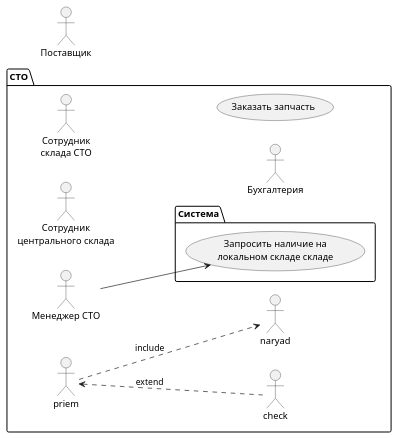
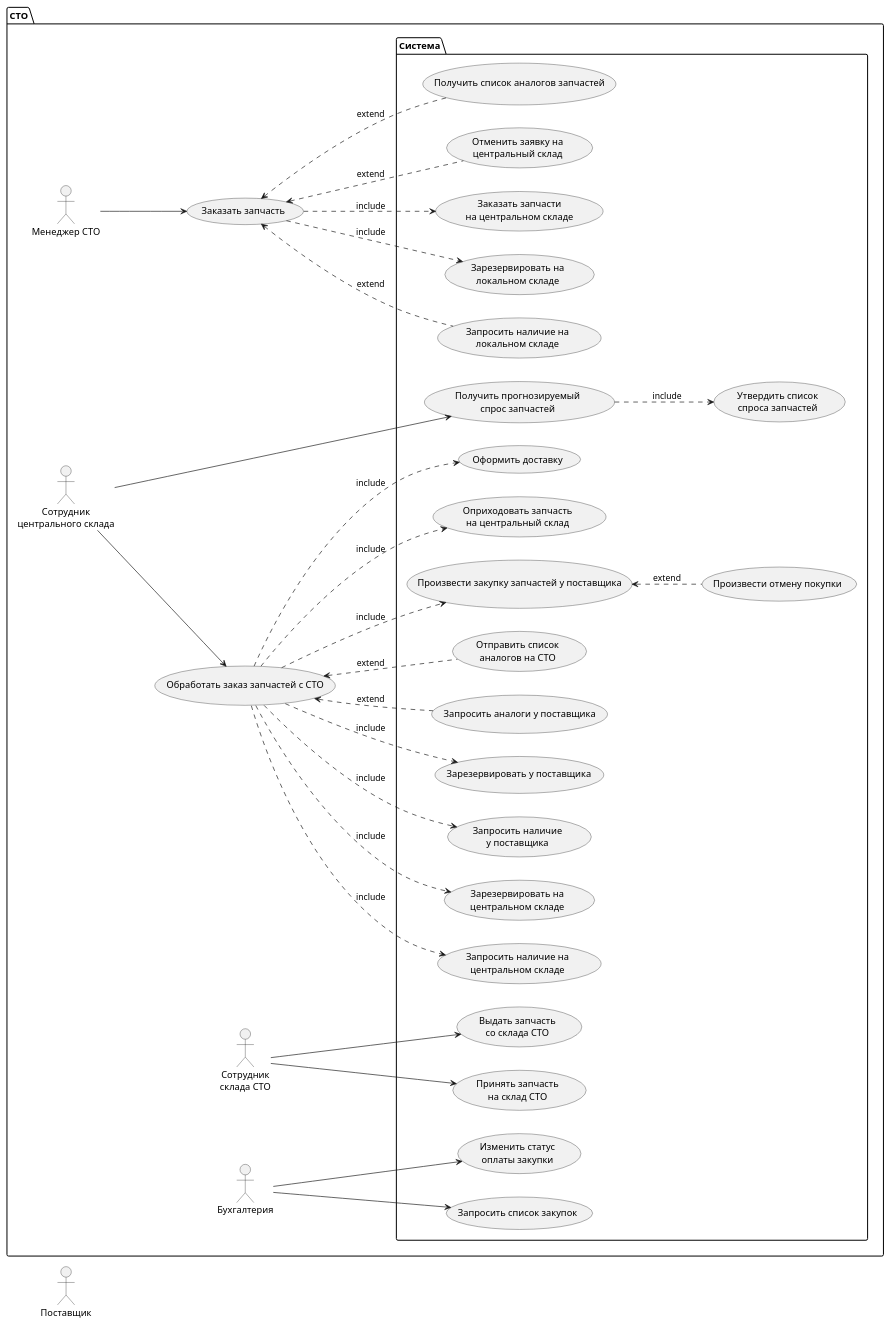
One commit to aapoplavskii/Project_Otus_SA changed the diagram in usecase.plantuml. Above: the diagram before and after it, drawn with PlantUML. The commit also changed 3 other files, not shown here.

Commit message:
переделал er, доделал usecase diagram

```diff
--- a/usecase.plantuml
+++ b/usecase.plantuml
@@ -1,30 +1,87 @@
 @startuml Domaine modele
 left to right direction
 skinparam DefaultTextAlignment center
 
     actor Поставщик as provider
 
     package СТО {
                
     actor :Менеджер СТО: as manager
     actor :Сотрудник\nцентрального склада: as sklad
     actor :Сотрудник\nсклада СТО: as skladsto 
     actor :Бухгалтерия: as buh
     
 
     usecase "Заказать запчасть" as zakaz
-            
+
+    usecase "Обработать заказ запчастей с СТО" as processorder 
+
+    
+        
         package Система {            
 
-            usecase "Запросить наличие на\nлокальном складе складе" as zakazlocal
+            usecase "Запросить наличие на\nлокальном складе" as zakazlocal
+            usecase "Зарезервировать на\nлокальном складе" as reservlocal
+            usecase "Заказать запчасти\nна центральном складе" as app            
+            usecase "Отменить заявку на\nцентральный склад" as cancelapp
+            usecase "Получить список аналогов запчастей" as getanalog
             
+
+            usecase "Принять запчасть\nна склад СТО" as accept
+            usecase "Выдать запчасть\nсо склада СТО" as issuesto
+
+            
+            usecase "Запросить наличие на\nцентральном складе" as zakazcenter
+            usecase "Зарезервировать на\nцентральном складе" as reservcenter
+            usecase "Запросить наличие\nу поставщика" as zakazdealer
+            usecase "Зарезервировать у поставщика" as reservdealer
+            usecase "Запросить аналоги у поставщика" as getanalogdealer
+            usecase "Отправить список\nаналогов на СТО" as sendanalogdealer
+            usecase "Произвести закупку запчастей у поставщика" as purchase
+            usecase "Произвести отмену покупки" as cancelpurchase
+            usecase "Оприходовать запчасть\nна центральный склад" as issuecenter
+            usecase "Оформить доставку" as senddelivery
+
+            usecase "Получить прогнозируемый\nспрос запчастей" as getforecast
+
+            usecase "Утвердить список\nспроса запчастей" as signforecast
+
+            usecase "Запросить список закупок" as getlistpurchase
+            usecase "Изменить статус\nоплаты закупки" as patchpurchase
+
+
                     
         }    
 
-    manager --> zakazlocal 
+    manager --> zakaz
+    zakaz ..> reservlocal : include
+    zakaz <.. cancelapp : extend 
+    zakaz <.. getanalog : extend
+    zakaz <.. zakazlocal : extend
+    zakaz ..> app : include
     
-    priem <.. check : extend
-    priem ..> naryad : include
+    skladsto --> accept
+    skladsto --> issuesto
+    
+    sklad --> processorder
+    processorder ..> purchase : include
+
+    processorder ..> zakazcenter : include
+    processorder ..> reservcenter : include
+    processorder ..> zakazdealer : include
+    processorder ..> reservdealer : include
+    processorder <.. getanalogdealer : extend
+    processorder <.. sendanalogdealer : extend 
+    processorder ..> issuecenter : include 
+    processorder ..> senddelivery : include
+
+    purchase <.. cancelpurchase : extend 
+
+    sklad --> getforecast
+    getforecast ..> signforecast : include 
+
+    buh --> getlistpurchase
+    buh --> patchpurchase
    
     }
 @enduml
```
